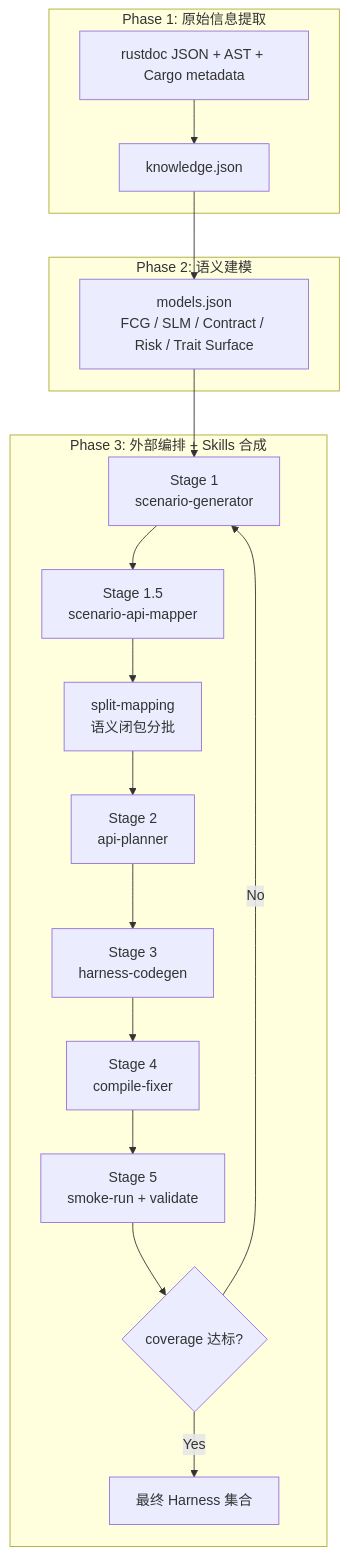
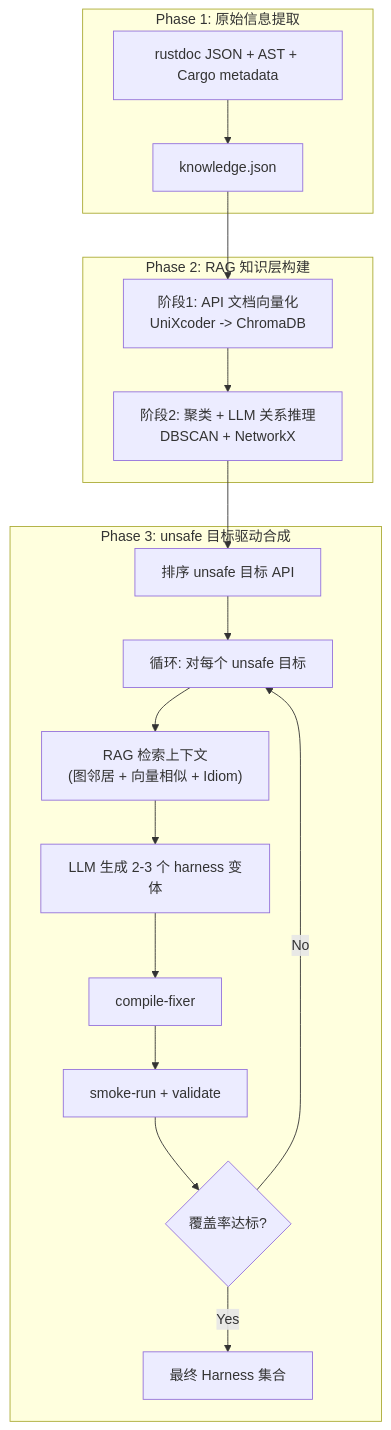
The diagram in semantic_harness_agent_design_v5.md (cuiwenhao123/SERAPH), drawn with Mermaid before and after one commit. The commit also changed other lines of this file and 67 other files, not shown here.

Commit message:
Refactor phase 2 RAG pipeline

````diff
--- a/semantic_harness_agent_design_v5.md
+++ b/semantic_harness_agent_design_v5.md
@@ -171,23 +129,23 @@
 ```mermaid
 flowchart TD
     subgraph Phase1["Phase 1: 原始信息提取"]
         A["rustdoc JSON + AST + Cargo metadata"] --> K["knowledge.json"]
     end
 
-    subgraph Phase2["Phase 2: 语义建模"]
-        K --> M["models.json<br/>FCG / SLM / Contract / Risk / Trait Surface"]
+    subgraph Phase2RAG["Phase 2: RAG 知识层构建"]
+        K --> V["阶段1: API 文档向量化<br/>UniXcoder -> ChromaDB"]
+        V --> CL["阶段2: 聚类 + LLM 关系推理<br/>DBSCAN + NetworkX"]
     end
 
-    subgraph Phase3["Phase 3: 外部编排 + Skills 合成"]
-        M --> S1["Stage 1<br/>scenario-generator"]
-        S1 --> S15["Stage 1.5<br/>scenario-api-mapper"]
-        S15 --> SPLIT["split-mapping<br/>语义闭包分批"]
-        SPLIT --> S2["Stage 2<br/>api-planner"]
-        S2 --> S3["Stage 3<br/>harness-codegen"]
-        S3 --> S4["Stage 4<br/>compile-fixer"]
-        S4 --> S5["Stage 5<br/>smoke-run + validate"]
-        S5 --> COV{"coverage 达标?"}
-        COV -->|"No"| S1
+    subgraph Phase3["Phase 3: unsafe 目标驱动合成"]
+        CL --> RANK["排序 unsafe 目标 API"]
+        RANK --> LOOP["循环: 对每个 unsafe 目标"]
+        LOOP --> RAG["RAG 检索上下文<br/>(图邻居 + 向量相似 + Idiom)"]
+        RAG --> LLM["LLM 生成 2-3 个 harness 变体"]
+        LLM --> FIX["compile-fixer"]
+        FIX --> SMOKE["smoke-run + validate"]
+        SMOKE --> COV{"覆盖率达标?"}
+        COV -->|"No"| LOOP
         COV -->|"Yes"| OUT["最终 Harness 集合"]
     end
 ```
````
